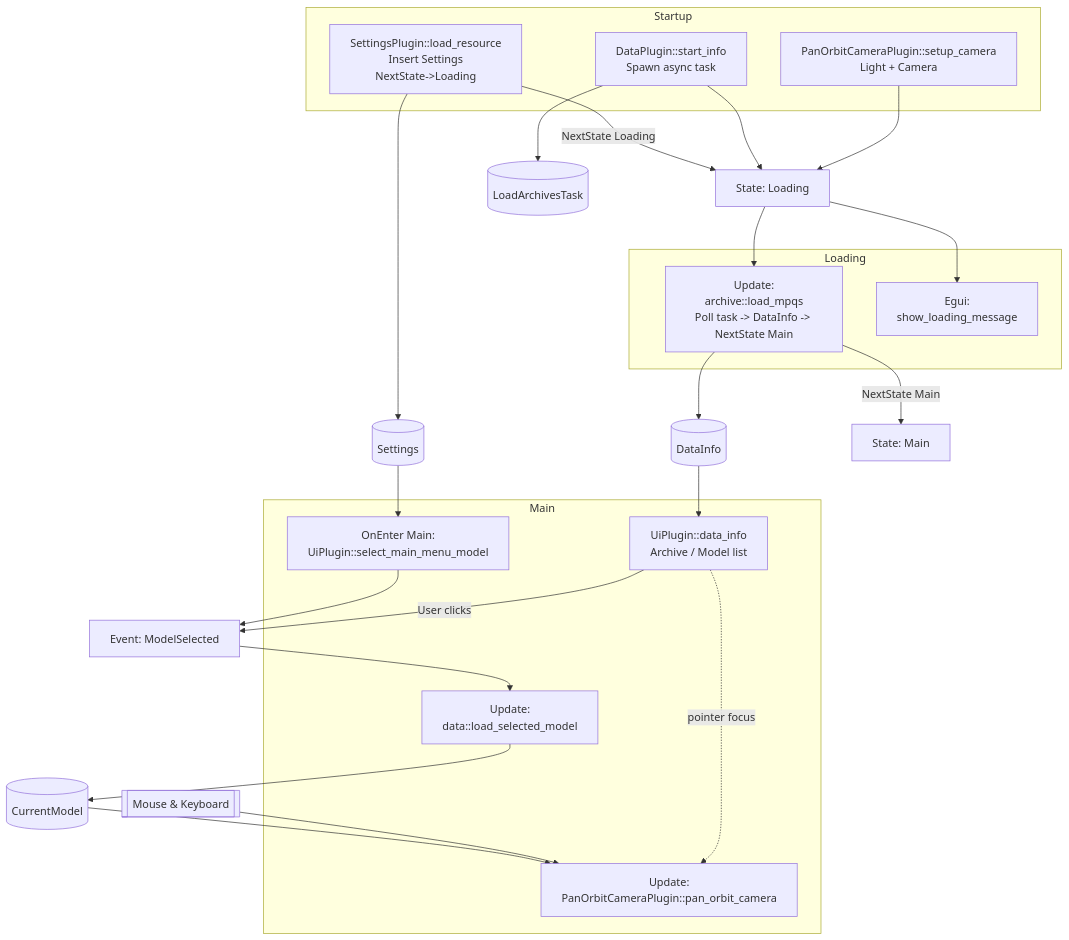
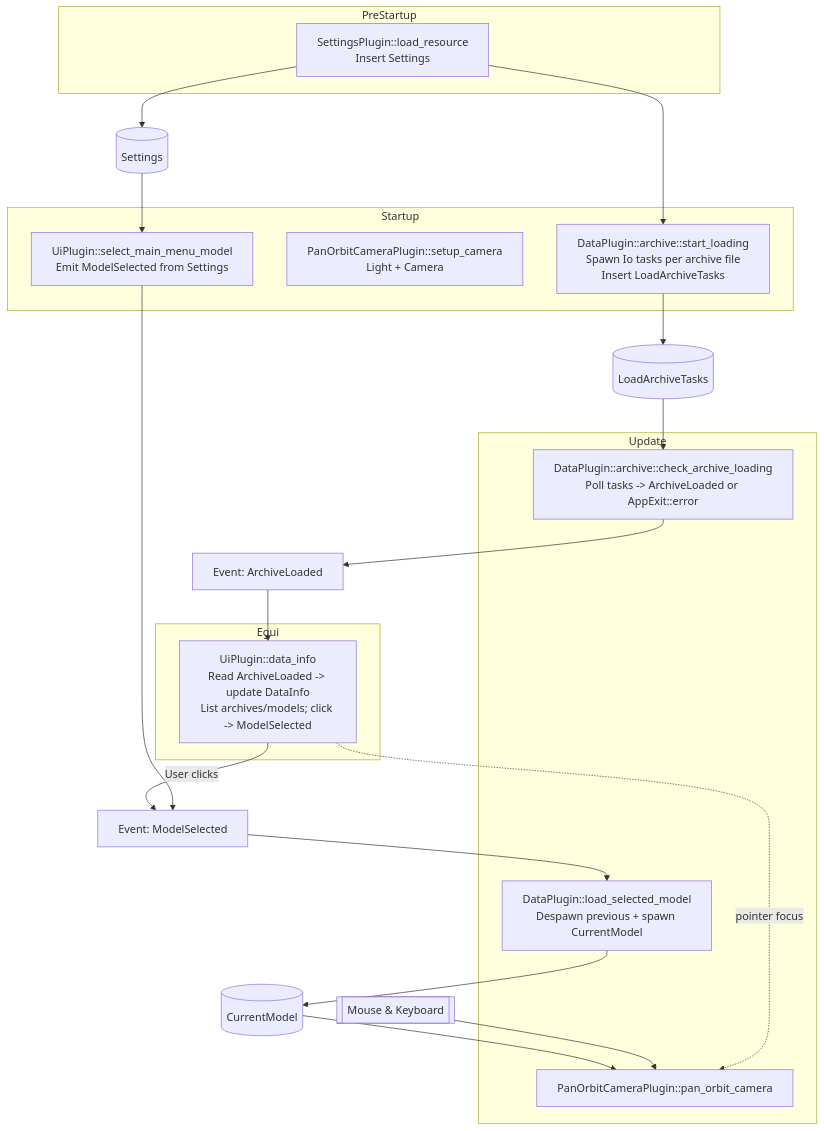
Before and after one commit to nocthir/worgen-rs: the diagram in ARCHITECTURE.md, drawn with Mermaid. The commit also changed other lines of this file and 9 other files, not shown here.

````diff
--- a/ARCHITECTURE.md
+++ b/ARCHITECTURE.md
@@ -64,40 +53,38 @@
 ```mermaid
 flowchart TD
-    subgraph Startup
-        A[SettingsPlugin::load_resource<br/>Insert Settings<br/>NextState->Loading]
-        B[DataPlugin::start_info<br/>Spawn async task]
-        C[PanOrbitCameraPlugin::setup_camera<br/>Light + Camera]
+    subgraph PreStartup
+        A[SettingsPlugin::load_resource<br/>Insert Settings]
     end
 
-    A -->|NextState Loading| L[State: Loading]
-    B --> L
-    C --> L
-    A --> ST[(Settings)]
-    B --> T[(LoadArchivesTask)]
-
-    subgraph Loading
-        D[Update:<br/>archive::load_mpqs<br/>Poll task -> DataInfo -> NextState Main]
-        LW[Egui:<br/>show_loading_message]
-    end
-    L --> D
-    L --> LW
-    D --> DI[(DataInfo)]
-    D -->|NextState Main| M[State: Main]
-
-    subgraph Main
-        E[OnEnter Main:<br/>UiPlugin::select_main_menu_model]
-        F[UiPlugin::data_info<br/>Archive / Model list]
-        G[Update:<br/>data::load_selected_model]
-        H[Update:<br/>PanOrbitCameraPlugin::pan_orbit_camera]
+    subgraph Startup
+        B[DataPlugin::archive::start_loading<br/>Spawn Io tasks per archive file<br/>Insert LoadArchiveTasks]
+        C[PanOrbitCameraPlugin::setup_camera<br/>Light + Camera]
+        E[UiPlugin::select_main_menu_model<br/>Emit ModelSelected from Settings]
     end
 
+    A --> ST[(Settings)]
+    B --> LT[(LoadArchiveTasks)]
+    A --> B
     ST --> E
-    DI --> F
-    E --> EV[Event: ModelSelected]
-    F -->|User clicks| EV
-    EV --> G
-    G --> CM[(CurrentModel)]
-    CM --> H
-    Input[[Mouse & Keyboard]] --> H
-    F -. pointer focus .-> H
+
+    subgraph Update
+        D[DataPlugin::archive::check_archive_loading<br/>Poll tasks -> ArchiveLoaded or AppExit::error]
+        F[DataPlugin::load_selected_model<br/>Despawn previous + spawn CurrentModel]
+        G[PanOrbitCameraPlugin::pan_orbit_camera]
+    end
+
+    subgraph Egui
+        H[UiPlugin::data_info<br/>Read ArchiveLoaded -> update DataInfo<br/>List archives/models; click -> ModelSelected]
+    end
+
+    D --> AL[Event: ArchiveLoaded]
+    LT --> D
+    AL --> H
+    H -->|User clicks| MS[Event: ModelSelected]
+    E --> MS
+    MS --> F
+    F --> CM[(CurrentModel)]
+    CM --> G
+    Input[[Mouse & Keyboard]] --> G
+    H -. pointer focus .-> G
 ```
````
